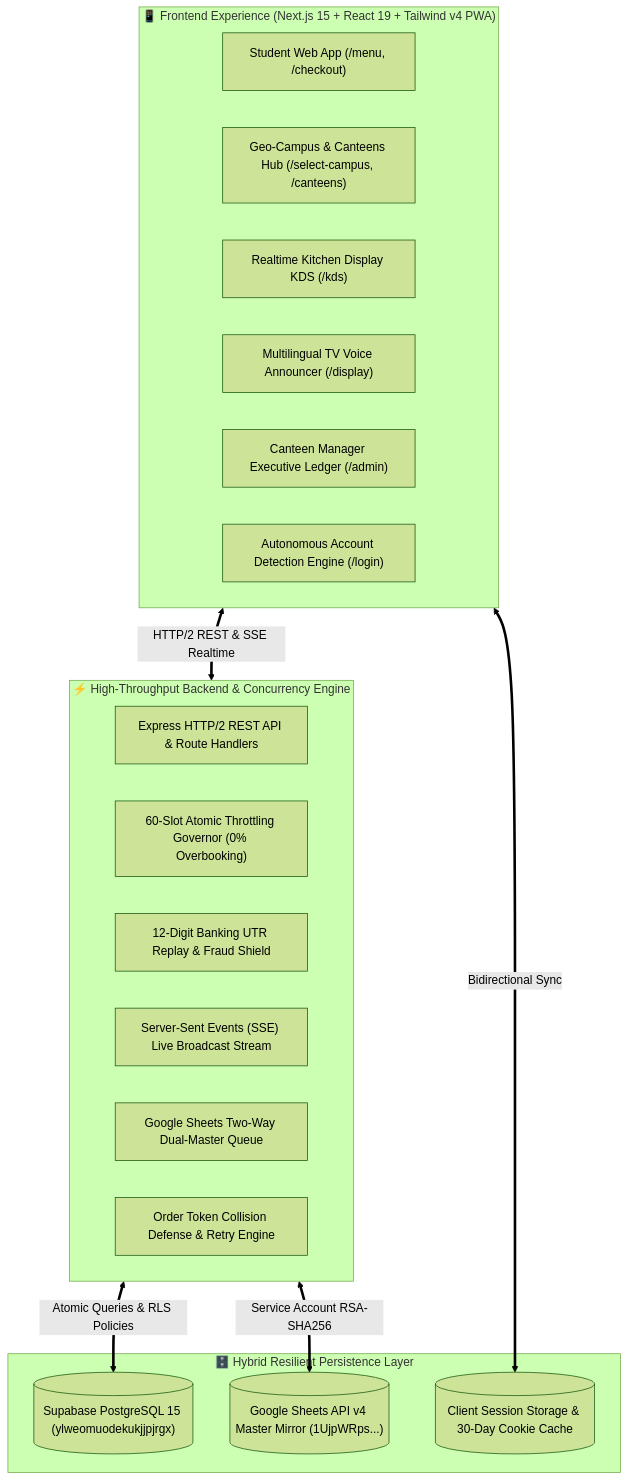
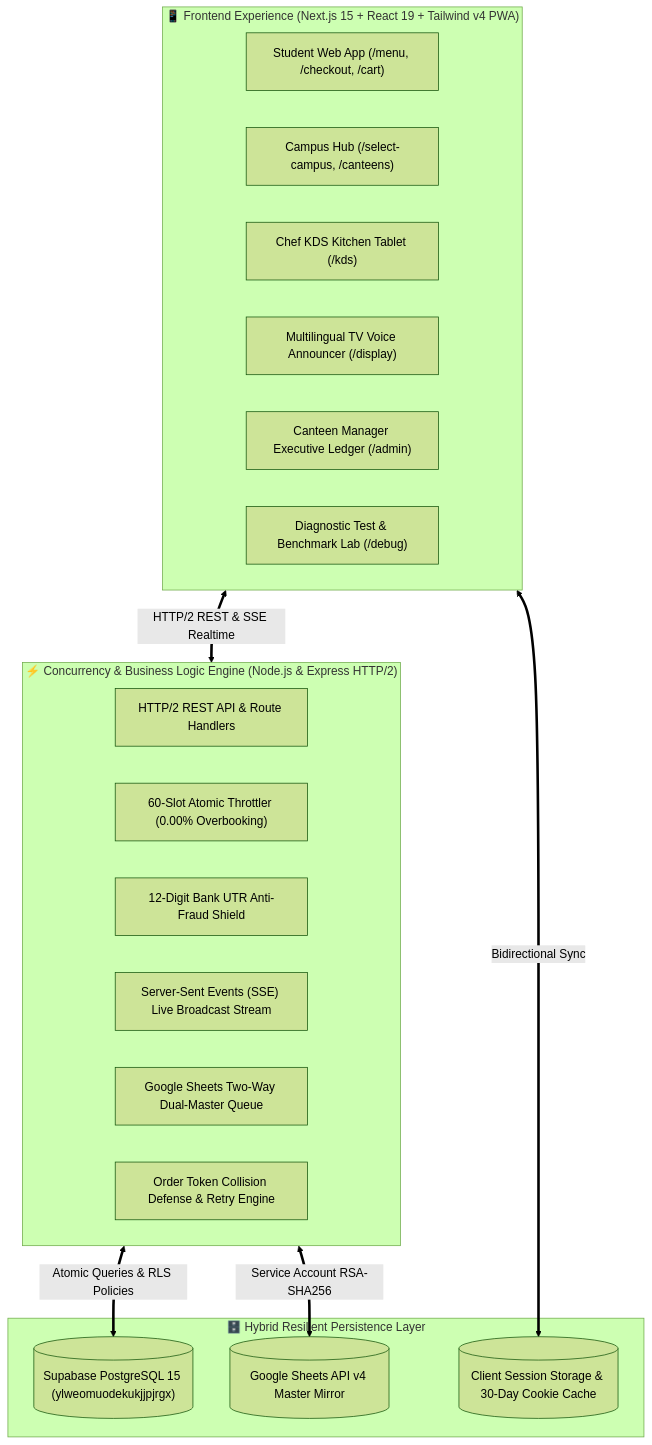
The diagram in README.md (dakrkakashi/FoodLine-Campus), drawn with Mermaid (forest theme) before and after one commit. The commit also changed other lines of this file, not shown here.

````diff
--- a/README.md
+++ b/README.md
@@ -57,31 +125,31 @@
 ```mermaid
 graph TD
     subgraph ClientLayer ["📱 Frontend Experience (Next.js 15 + React 19 + Tailwind v4 PWA)"]
-        UI1["Student Web App (/menu, /checkout)"]
-        UI2["Geo-Campus & Canteens Hub (/select-campus, /canteens)"]
-        UI3["Realtime Kitchen Display KDS (/kds)"]
+        UI1["Student Web App (/menu, /checkout, /cart)"]
+        UI2["Campus Hub (/select-campus, /canteens)"]
+        UI3["Chef KDS Kitchen Tablet (/kds)"]
         UI4["Multilingual TV Voice Announcer (/display)"]
         UI5["Canteen Manager Executive Ledger (/admin)"]
-        UI6["Autonomous Account Detection Engine (/login)"]
+        UI6["Diagnostic Test & Benchmark Lab (/debug)"]
     end
 
-    subgraph EngineLayer ["⚡ High-Throughput Backend & Concurrency Engine"]
-        E1["Express HTTP/2 REST API & Route Handlers"]
-        E2["60-Slot Atomic Throttling Governor (0% Overbooking)"]
-        E3["12-Digit Banking UTR Replay & Fraud Shield"]
+    subgraph EngineLayer ["⚡ Concurrency & Business Logic Engine (Node.js & Express HTTP/2)"]
+        E1["HTTP/2 REST API & Route Handlers"]
+        E2["60-Slot Atomic Throttler (0.00% Overbooking)"]
+        E3["12-Digit Bank UTR Anti-Fraud Shield"]
         E4["Server-Sent Events (SSE) Live Broadcast Stream"]
         E5["Google Sheets Two-Way Dual-Master Queue"]
         E6["Order Token Collision Defense & Retry Engine"]
     end
 
     subgraph DataLayer ["🗄️ Hybrid Resilient Persistence Layer"]
         DB1[("Supabase PostgreSQL 15 (ylweomuodekukjjpjrgx)")]
-        DB2[("Google Sheets API v4 Master Mirror (1UjpWRps...)")]
+        DB2[("Google Sheets API v4 Master Mirror")]
         DB3[("Client Session Storage & 30-Day Cookie Cache")]
     end
 
-    ClientLayer <== HTTP/2 REST & SSE Realtime ==> EngineLayer
-    EngineLayer <== Atomic Queries & RLS Policies ==> DB1
-    EngineLayer <== Service Account RSA-SHA256 ==> DB2
-    ClientLayer <== Bidirectional Sync ==> DB3
+    ClientLayer <== "HTTP/2 REST & SSE Realtime" ==> EngineLayer
+    EngineLayer <== "Atomic Queries & RLS Policies" ==> DB1
+    EngineLayer <== "Service Account RSA-SHA256" ==> DB2
+    ClientLayer <== "Bidirectional Sync" ==> DB3
 ```
````
